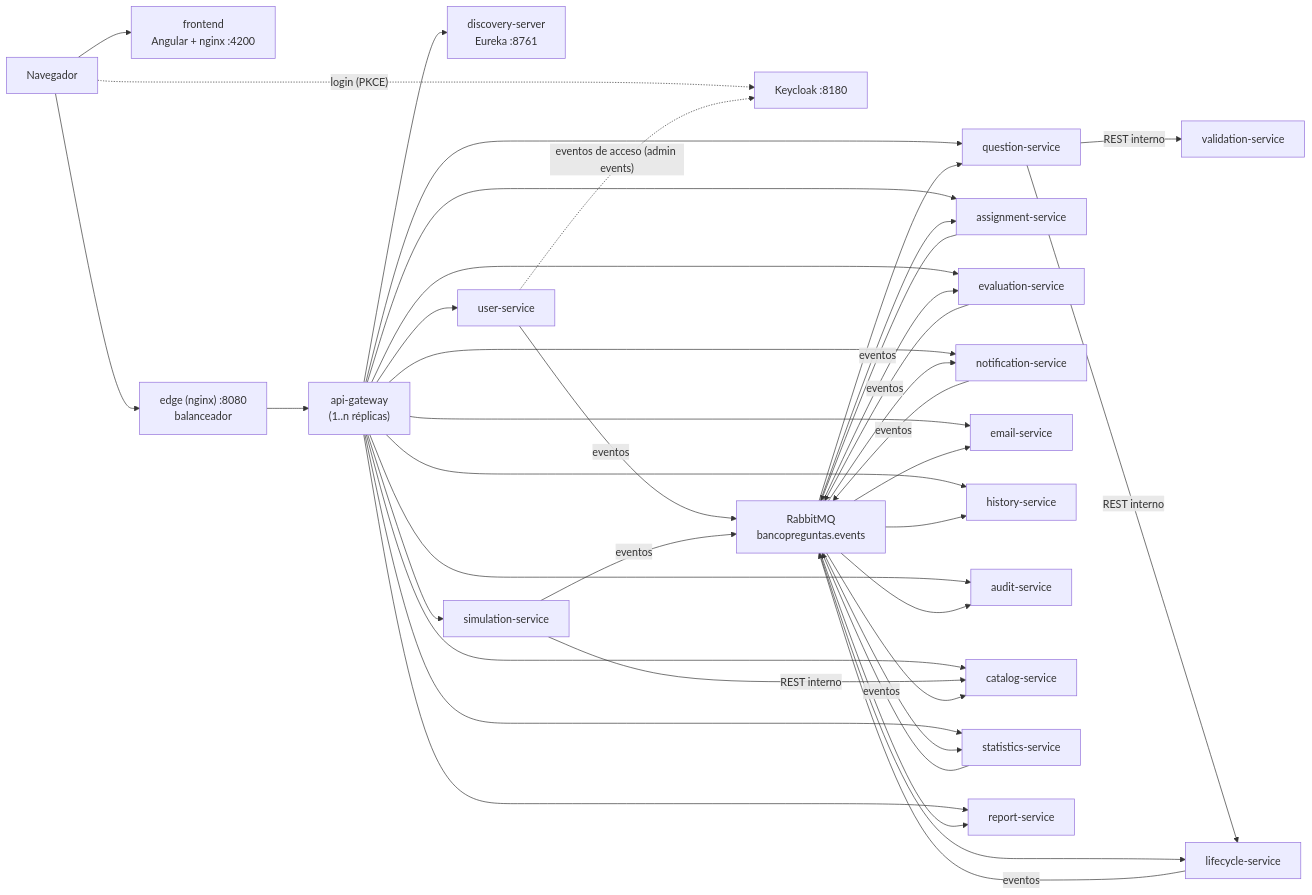
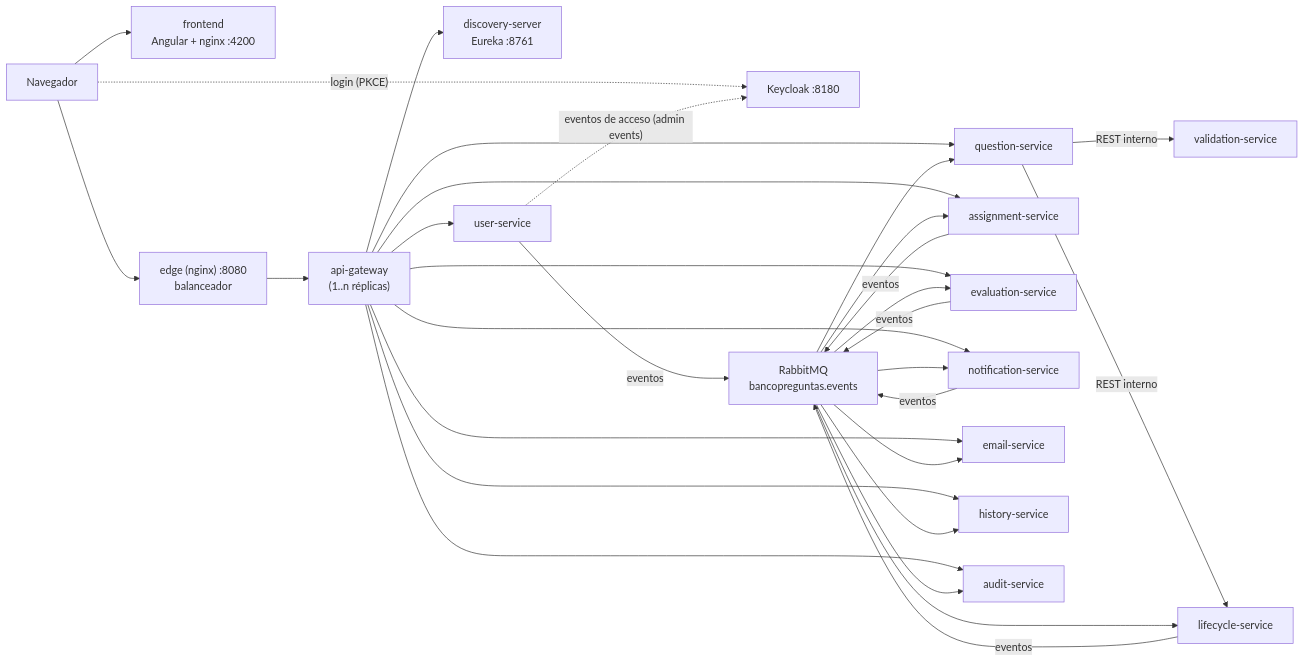
The diagram in docs/corte-2/08-implementacion-seguridad-y-resiliencia.md (DVLASZ/banco-preguntas-saberpro), drawn with Mermaid before and after one commit. The commit also changed other lines of this file and 66 other files, not shown here.

````diff
--- a/docs/corte-2/08-implementacion-seguridad-y-resiliencia.md
+++ b/docs/corte-2/08-implementacion-seguridad-y-resiliencia.md
@@ -10,26 +10,21 @@
 ```mermaid
 flowchart LR
   B["Navegador"] --> FE["frontend<br/>Angular + nginx :4200"]
   B --> EDGE["edge (nginx) :8080<br/>balanceador"]
   B -. "login (PKCE)" .-> KC["Keycloak :8180"]
   EDGE --> GW["api-gateway<br/>(1..n réplicas)"]
   GW --> EU["discovery-server<br/>Eureka :8761"]
   GW --> US["user-service"]
   GW --> QS["question-service"]
   GW --> AS["assignment-service"]
   GW --> ES["evaluation-service"]
   GW --> NS["notification-service"]
   GW --> EM["email-service"]
   GW --> HS["history-service"]
   GW --> AU["audit-service"]
-  GW --> CS["catalog-service"]
-  GW --> SS["simulation-service"]
-  GW --> ST["statistics-service"]
-  GW --> RP["report-service"]
   QS -- "REST interno" --> VS["validation-service"]
   QS -- "REST interno" --> LS["lifecycle-service"]
-  SS -- "REST interno" --> CS
-  LS & AS & ES & NS & US & SS & ST -- "eventos" --> MQ["RabbitMQ<br/>bancopreguntas.events"]
-  MQ --> QS & LS & AS & ES & NS & EM & HS & AU & CS & ST & RP
+  LS & AS & ES & NS & US -- "eventos" --> MQ["RabbitMQ<br/>bancopreguntas.events"]
+  MQ --> QS & LS & AS & ES & NS & EM & HS & AU
   US -. "eventos de acceso (admin events)" .-> KC
 ```
````
